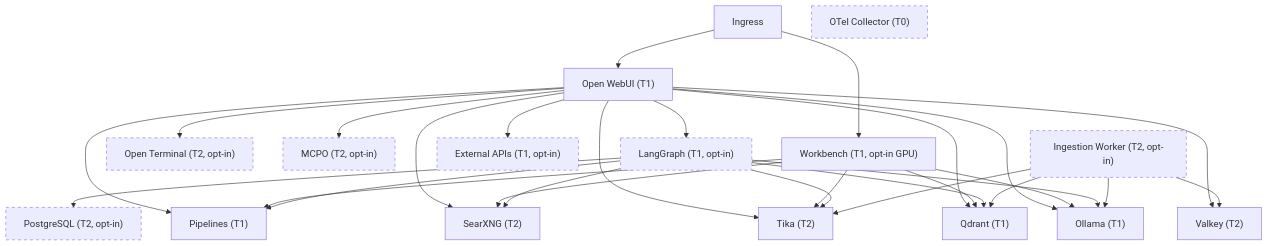
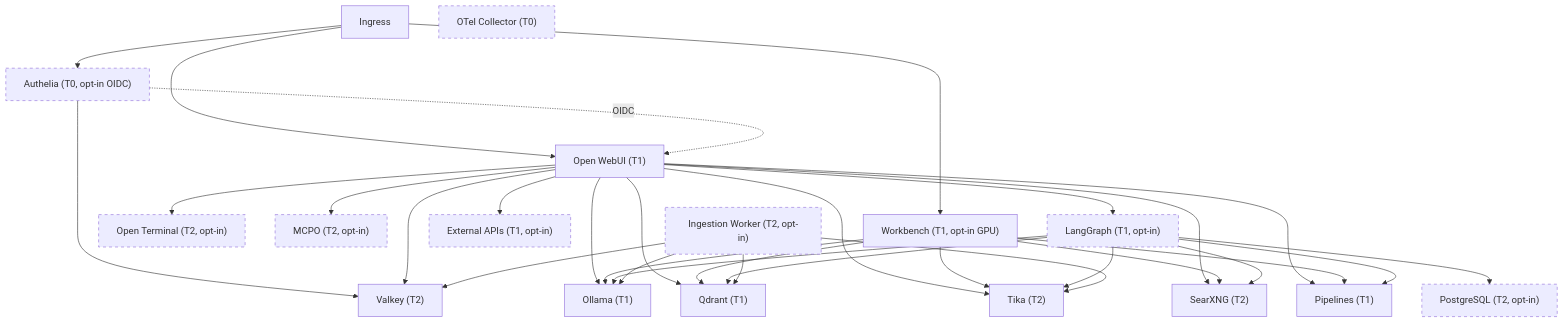
The diagram in README.md (rmednitzer/ai-stack), drawn with Mermaid before and after one commit. The commit also changed other lines of this file and 4 other files, not shown here.

````diff
--- a/README.md
+++ b/README.md
@@ -11,45 +11,50 @@
 ```mermaid
 graph TD
+  Ingress --> Authelia["Authelia (T0, opt-in OIDC)"]
   Ingress --> OpenWebUI["Open WebUI (T1)"]
   Ingress --> Workbench["Workbench (T1, opt-in GPU)"]
+
+  Authelia --> Valkey["Valkey (T2)"]
+  Authelia -.->|OIDC| OpenWebUI
 
   OpenWebUI --> Ollama["Ollama (T1)"]
   OpenWebUI --> Qdrant["Qdrant (T1)"]
   OpenWebUI --> Tika["Tika (T2)"]
   OpenWebUI --> SearXNG["SearXNG (T2)"]
-  OpenWebUI --> Valkey["Valkey (T2)"]
+  OpenWebUI --> Valkey
   OpenWebUI --> Pipelines["Pipelines (T1)"]
 
   Workbench --> Ollama
   Workbench --> Qdrant
   Workbench --> Pipelines
   Workbench --> Tika
   Workbench --> SearXNG
 
   OpenWebUI --> OpenTerminal["Open Terminal (T2, opt-in)"]
   OpenWebUI --> MCPO["MCPO (T2, opt-in)"]
   OpenWebUI --> LangGraph["LangGraph (T1, opt-in)"]
   OpenWebUI --> ExternalAPIs["External APIs (T1, opt-in)"]
 
   LangGraph --> Ollama
   LangGraph --> Qdrant
   LangGraph --> Tika
   LangGraph --> SearXNG
   LangGraph --> Pipelines
   LangGraph --> Postgres["PostgreSQL (T2, opt-in)"]
 
   IngestionWorker["Ingestion Worker (T2, opt-in)"] --> Valkey
   IngestionWorker --> Tika
   IngestionWorker --> Ollama
   IngestionWorker --> Qdrant
 
   OTel["OTel Collector (T0)"]
 
   style OTel stroke-dasharray: 5 5
+  style Authelia stroke-dasharray: 5 5
   style OpenTerminal stroke-dasharray: 5 5
   style MCPO stroke-dasharray: 5 5
   style LangGraph stroke-dasharray: 5 5
   style Postgres stroke-dasharray: 5 5
   style ExternalAPIs stroke-dasharray: 5 5
   style IngestionWorker stroke-dasharray: 5 5
 ```
````
